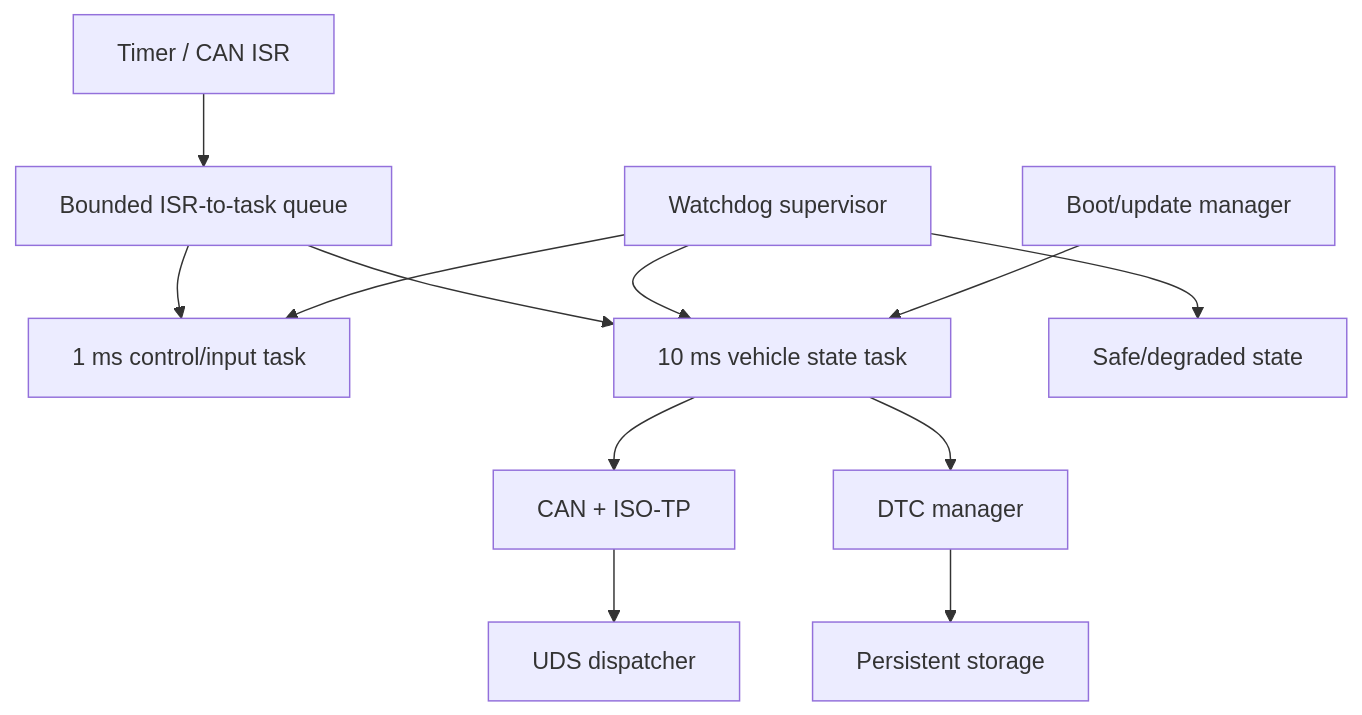
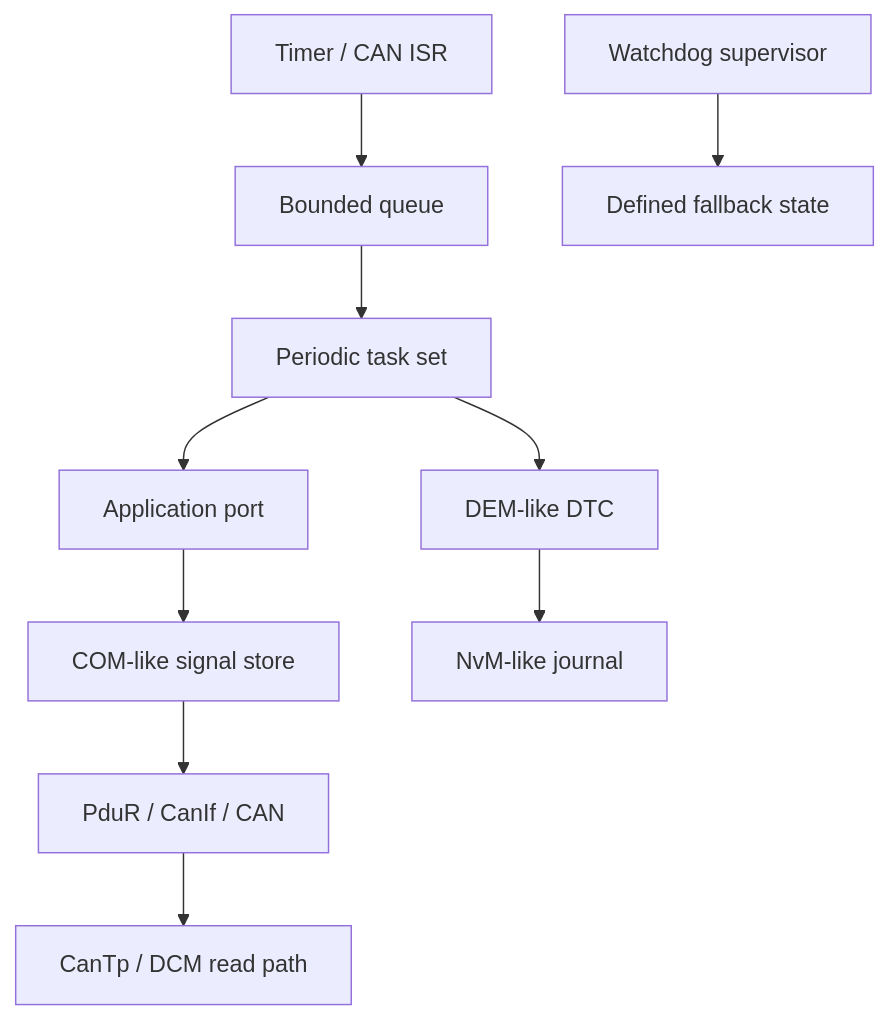
Before and after one commit to ThePo1es/adaptive-vehicle-platform-lab: the diagram in projects/00-mcu-rtos-ecu/README.md, drawn with Mermaid. The commit also changed other lines of this file and 62 other files, not shown here.

````diff
--- a/projects/00-mcu-rtos-ecu/README.md
+++ b/projects/00-mcu-rtos-ecu/README.md
@@ -26,14 +99,12 @@
 ```mermaid
 flowchart TB
-    ISR["Timer / CAN ISR"] --> Queue["Bounded ISR-to-task queue"]
-    Queue --> Fast["1 ms control/input task"]
-    Queue --> Vehicle["10 ms vehicle state task"]
-    Vehicle --> CAN["CAN + ISO-TP"]
-    CAN --> UDS["UDS dispatcher"]
-    Vehicle --> DTC["DTC manager"]
-    DTC --> Nv["Persistent storage"]
-    WDG["Watchdog supervisor"] --> Safe["Safe/degraded state"]
-    WDG --> Fast
-    WDG --> Vehicle
-    Boot["Boot/update manager"] --> Vehicle
+    ISR["Timer / CAN ISR"] --> Queue["Bounded queue"]
+    Queue --> Tasks["Periodic task set"]
+    Tasks --> RTE["Application port"]
+    RTE --> COM["COM-like signal store"]
+    COM --> CAN["PduR / CanIf / CAN"]
+    CAN --> UDS["CanTp / DCM read path"]
+    Tasks --> DEM["DEM-like DTC"]
+    DEM --> NVM["NvM-like journal"]
+    WDG["Watchdog supervisor"] --> Fallback["Defined fallback state"]
 ```
````
